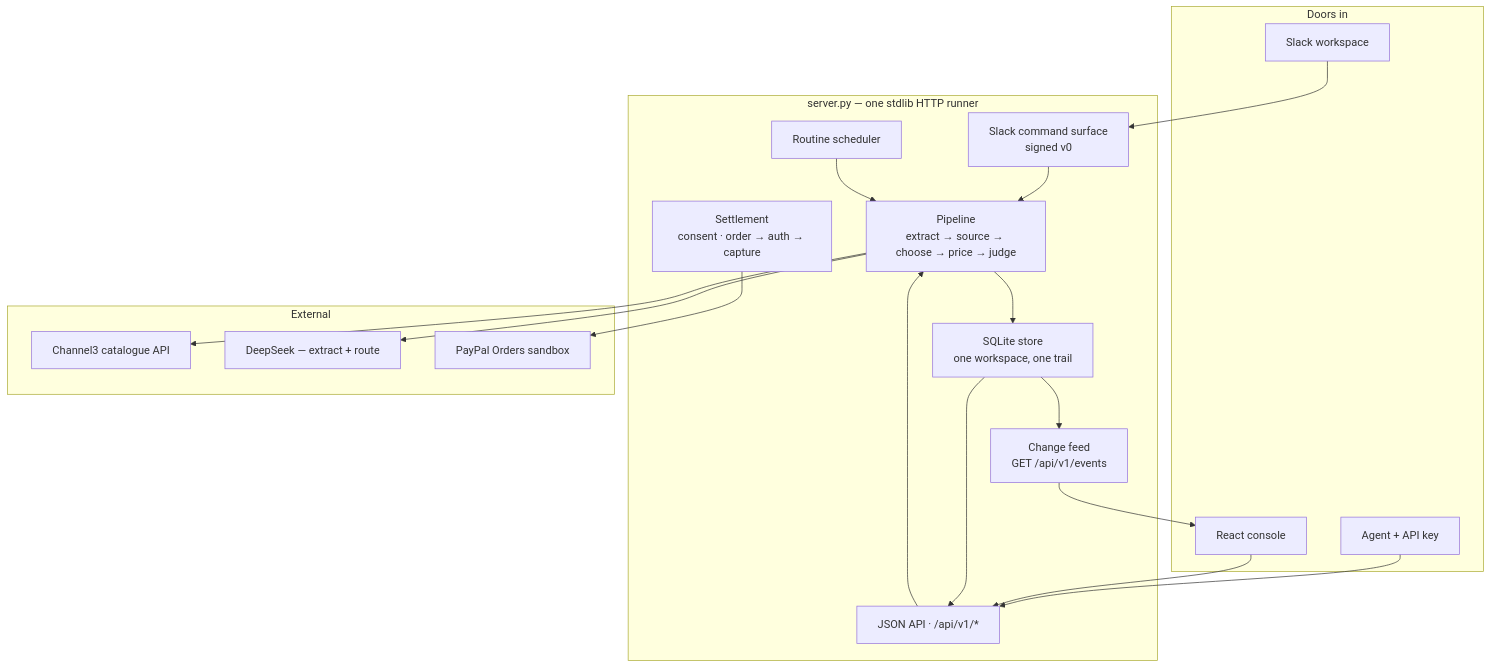
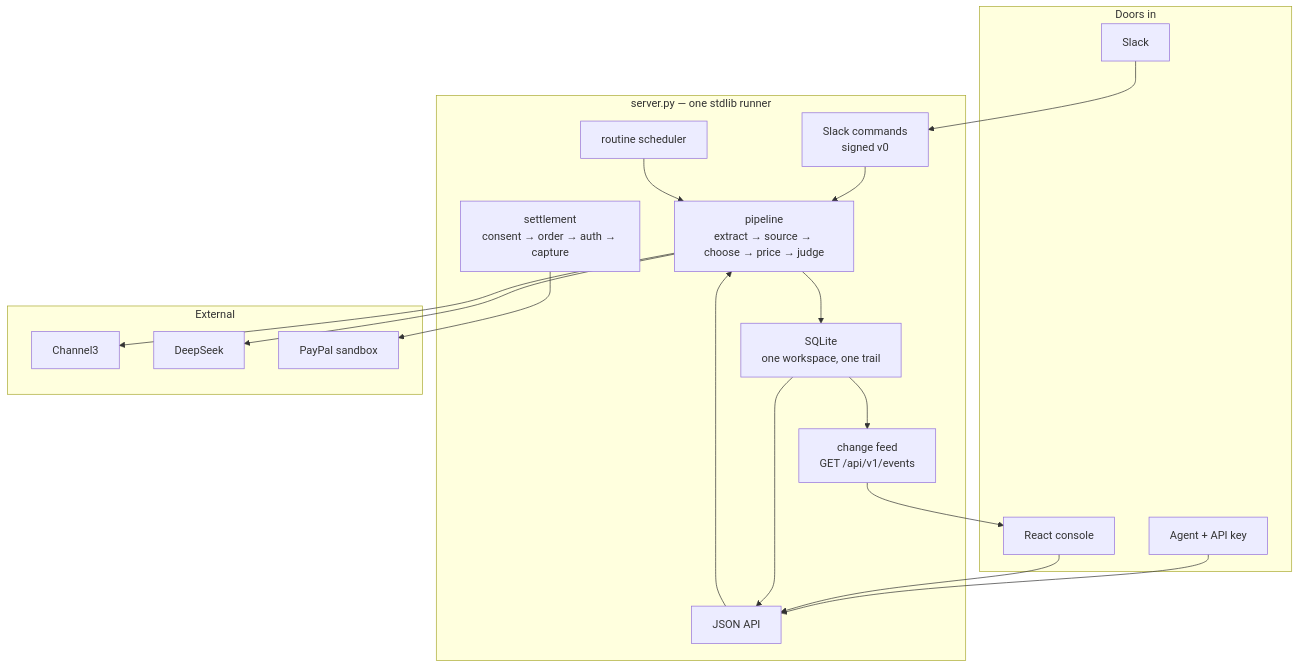
Before and after one commit to runake25/veto: the second of 2 diagrams in README.md, drawn with Mermaid. The commit also changed other lines of this file, not shown here.

````diff
--- a/README.md
+++ b/README.md
@@ -209,32 +71,32 @@
 ```mermaid
 flowchart TB
     subgraph clients["Doors in"]
-        SL["Slack workspace"]
+        SL["Slack"]
         AK["Agent + API key"]
         WEB["React console"]
     end
-    subgraph runner["server.py — one stdlib HTTP runner"]
-        API["JSON API · /api/v1/*"]
-        SC["Slack command surface<br/>signed v0"]
-        SSE["Change feed<br/>GET /api/v1/events"]
-        SCHED["Routine scheduler"]
-        PIPE["Pipeline<br/>extract → source → choose → price → judge"]
-        SETTLE["Settlement<br/>consent · order → auth → capture"]
-        STORE["SQLite store<br/>one workspace, one trail"]
+    subgraph runner["server.py — one stdlib runner"]
+        API["JSON API"]
+        SC["Slack commands<br/>signed v0"]
+        SSE["change feed<br/>GET /api/v1/events"]
+        SCHED["routine scheduler"]
+        PIPE["pipeline<br/>extract → source → choose → price → judge"]
+        SETTLE["settlement<br/>consent → order → auth → capture"]
+        STORE["SQLite<br/>one workspace, one trail"]
     end
     subgraph ext["External"]
-        C3["Channel3 catalogue API"]
-        LLM["DeepSeek — extract + route"]
-        PP["PayPal Orders sandbox"]
+        C3["Channel3"]
+        LLM["DeepSeek"]
+        PP["PayPal sandbox"]
     end
     SL --> SC --> PIPE
     AK --> API --> PIPE
     WEB --> API
     SCHED --> PIPE
     PIPE --> C3
     PIPE --> LLM
     PIPE --> STORE
     SETTLE --> PP
     STORE --> API
     STORE --> SSE --> WEB
 ```
````
